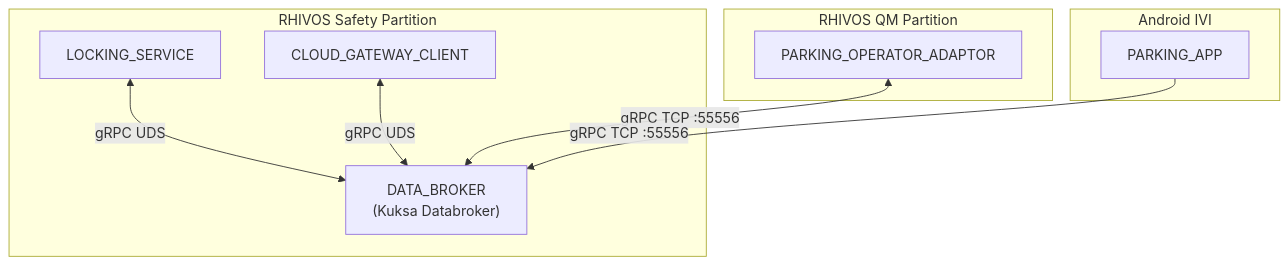
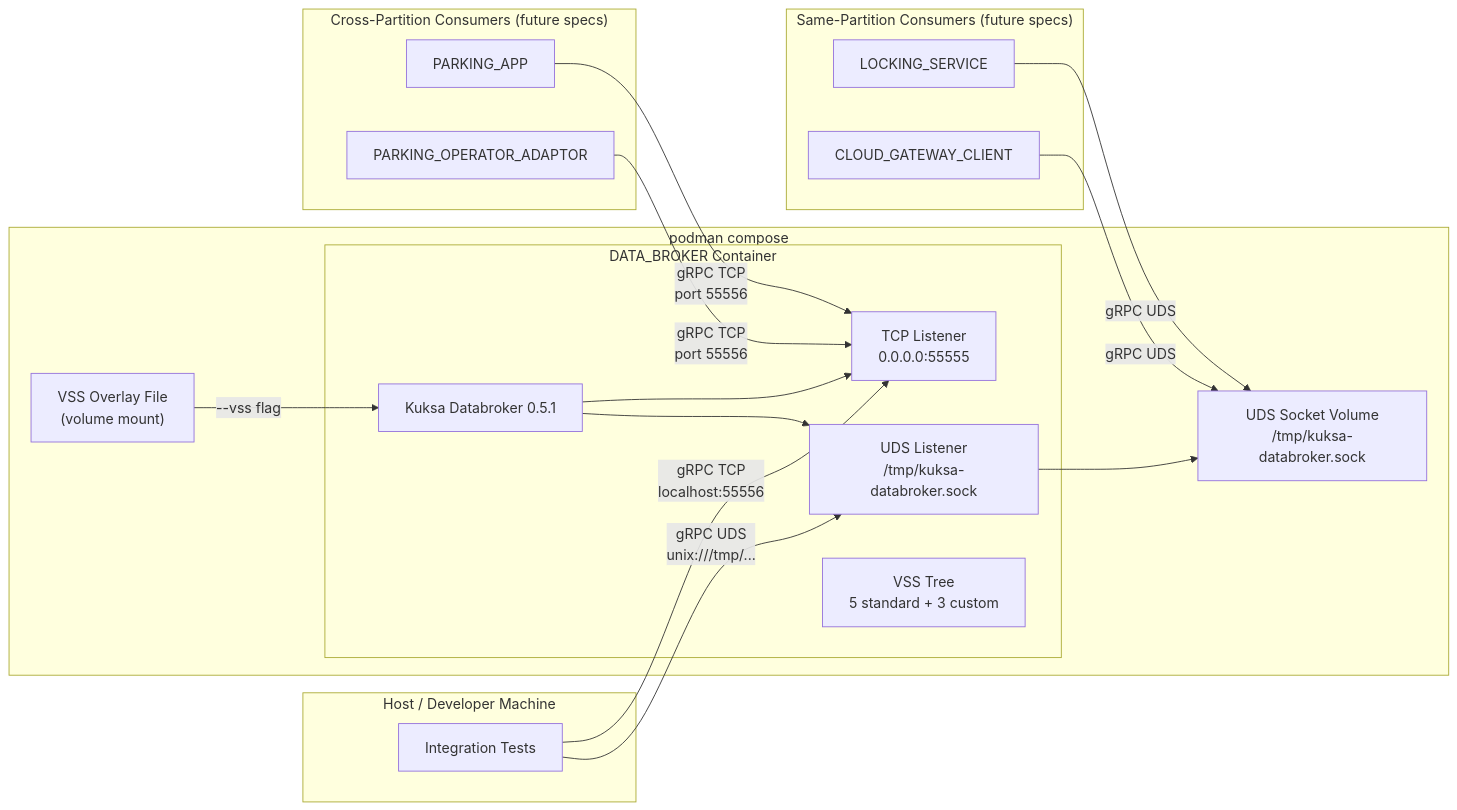
One commit to rhadp/parking-fee-service changed the diagram in .specs/02_data_broker/design.md. Above: the diagram before and after it, drawn with Mermaid. The commit also changed other lines of this file and 35 other files, not shown here.

````diff
--- a/.specs/02_data_broker/design.md
+++ b/.specs/02_data_broker/design.md
@@ -9,21 +9,40 @@
 ```mermaid
-flowchart TD
-    subgraph SafetyPartition["RHIVOS Safety Partition"]
-        DB["DATA_BROKER\n(Kuksa Databroker)"]
+flowchart LR
+    subgraph Host["Host / Developer Machine"]
+        Tests["Integration Tests"]
+    end
+
+    subgraph Compose["podman compose"]
+        subgraph DB["DATA_BROKER Container"]
+            Kuksa["Kuksa Databroker 0.5.1"]
+            TCP["TCP Listener\n0.0.0.0:55555"]
+            UDS["UDS Listener\n/tmp/kuksa-databroker.sock"]
+            VSS["VSS Tree\n5 standard + 3 custom"]
+        end
+        Overlay["VSS Overlay File\n(volume mount)"]
+        Socket["UDS Socket Volume\n/tmp/kuksa-databroker.sock"]
+    end
+
+    Overlay -->|"--vss flag"| Kuksa
+    Kuksa --> TCP
+    Kuksa --> UDS
+    UDS --> Socket
+
+    Tests -->|"gRPC TCP\nlocalhost:55556"| TCP
+    Tests -->|"gRPC UDS\nunix:///tmp/..."| UDS
+
+    subgraph Future["Same-Partition Consumers (future specs)"]
         LS["LOCKING_SERVICE"]
         CGC["CLOUD_GATEWAY_CLIENT"]
     end
 
-    subgraph QMPartition["RHIVOS QM Partition"]
+    subgraph FutureNet["Cross-Partition Consumers (future specs)"]
+        PA["PARKING_APP"]
         POA["PARKING_OPERATOR_ADAPTOR"]
     end
 
-    subgraph IVI["Android IVI"]
-        PA["PARKING_APP"]
-    end
-
-    LS <-->|gRPC UDS| DB
-    CGC <-->|gRPC UDS| DB
-    POA <-->|gRPC TCP :55556| DB
-    PA -->|gRPC TCP :55556| DB
+    LS -->|"gRPC UDS"| Socket
+    CGC -->|"gRPC UDS"| Socket
+    PA -->|"gRPC TCP\nport 55556"| TCP
+    POA -->|"gRPC TCP\nport 55556"| TCP
 ```
````
